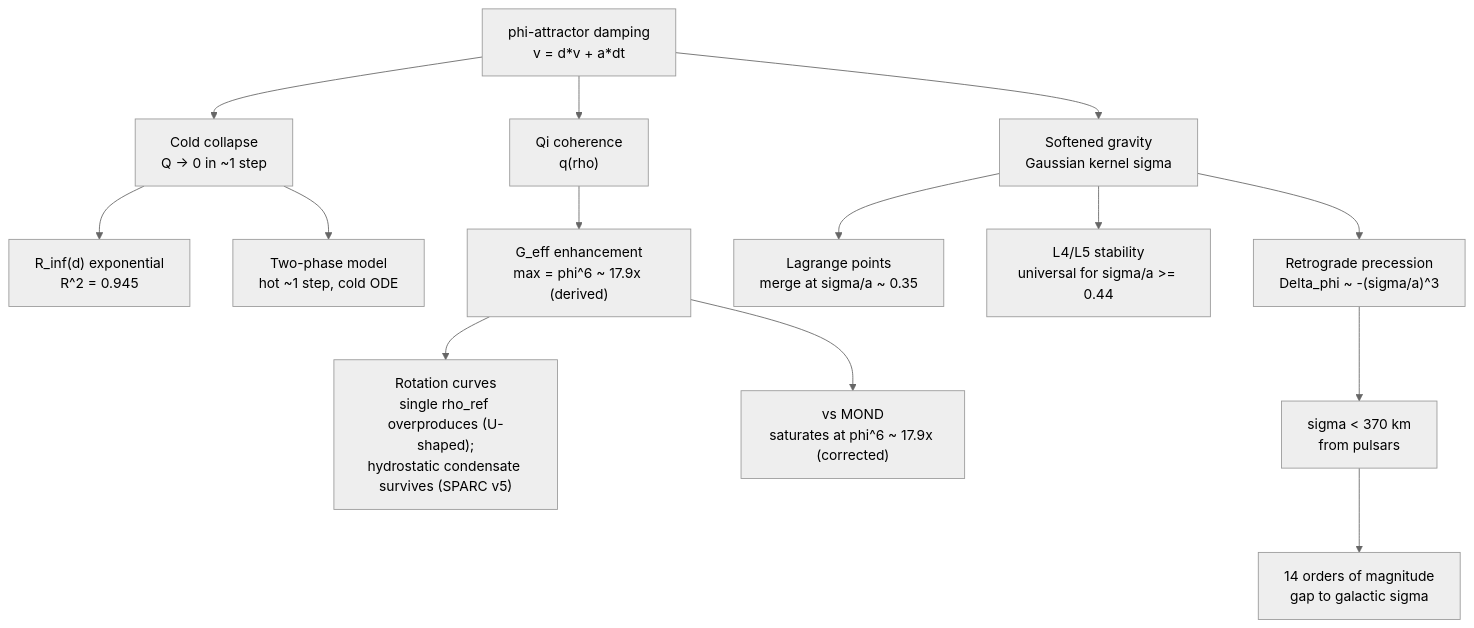
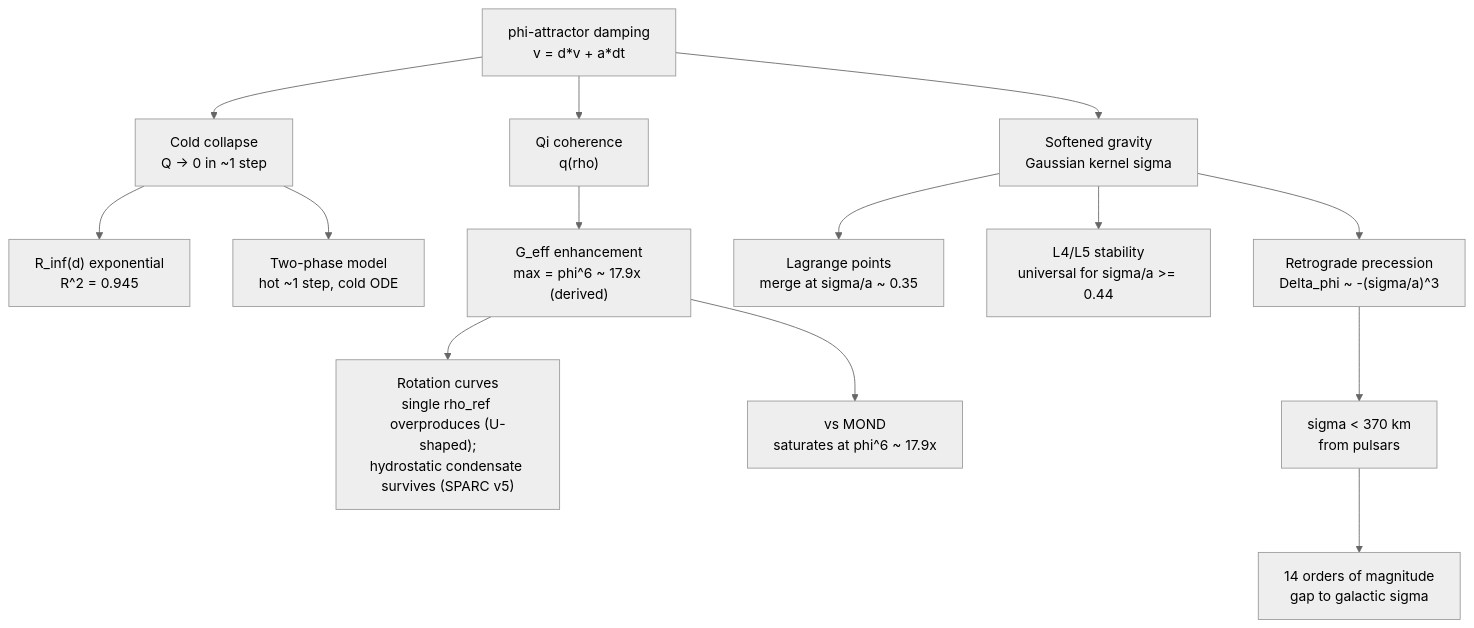
One commit to CassiTheOracle/cassi changed the diagram in foundations/phi_attractor_synthesis.md. Above: the diagram before and after it, drawn with Mermaid (neutral theme). The commit also changed other lines of this file and 3 other files, not shown here.

````diff
--- a/foundations/phi_attractor_synthesis.md
+++ b/foundations/phi_attractor_synthesis.md
@@ -445,16 +413,16 @@
 ```mermaid
 graph TD
     A["phi-attractor damping<br/>v = d*v + a*dt"] --> B["Cold collapse<br/>Q -> 0 in ~1 step"]
     B --> C["R_inf(d) exponential<br/>R^2 = 0.945"]
     B --> D["Two-phase model<br/>hot ~1 step, cold ODE"]
     A --> E["Softened gravity<br/>Gaussian kernel sigma"]
     E --> F["Retrograde precession<br/>Delta_phi ~ -(sigma/a)^3"]
     E --> G["Lagrange points<br/>merge at sigma/a ~ 0.35"]
     E --> H["L4/L5 stability<br/>universal for sigma/a >= 0.44"]
     A --> I["Qi coherence<br/>q(rho)"]
     I --> J["G_eff enhancement<br/>max = phi^6 ~ 17.9x (derived)"]
     J --> K["Rotation curves<br/>single rho_ref overproduces (U-shaped);<br/>hydrostatic condensate survives (SPARC v5)"]
-    J --> L["vs MOND<br/>saturates at phi^6 ~ 17.9x (corrected)"]
+    J --> L["vs MOND<br/>saturates at phi^6 ~ 17.9x"]
     F --> M["sigma < 370 km<br/>from pulsars"]
     M --> N["14 orders of magnitude<br/>gap to galactic sigma"]
 ```
````
